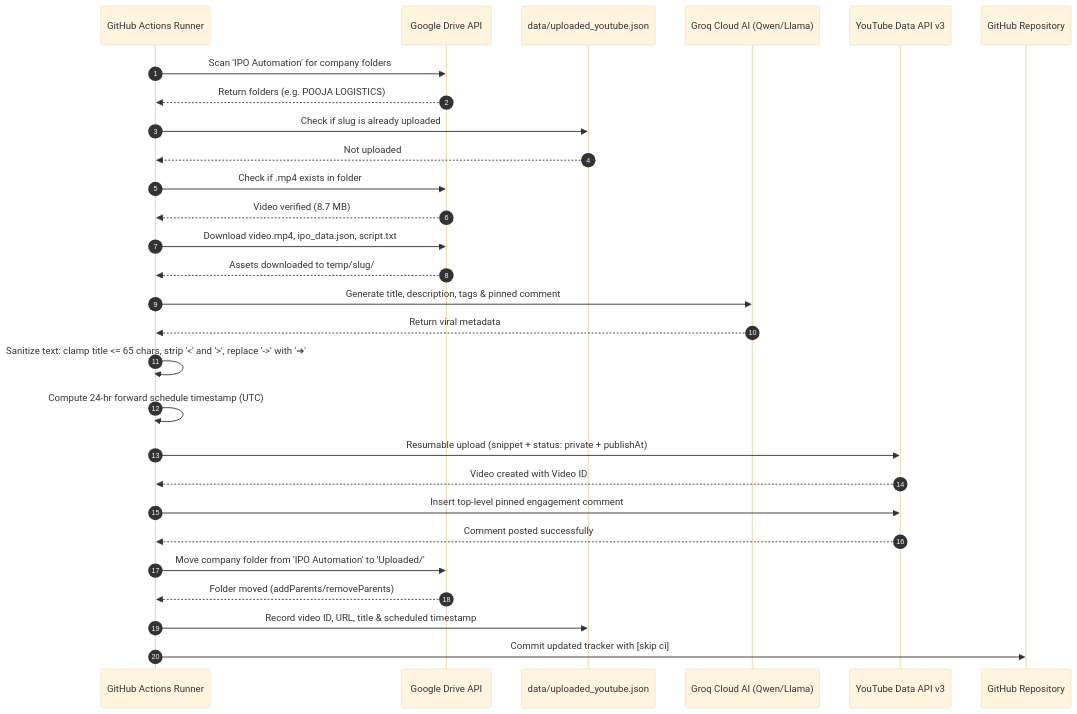
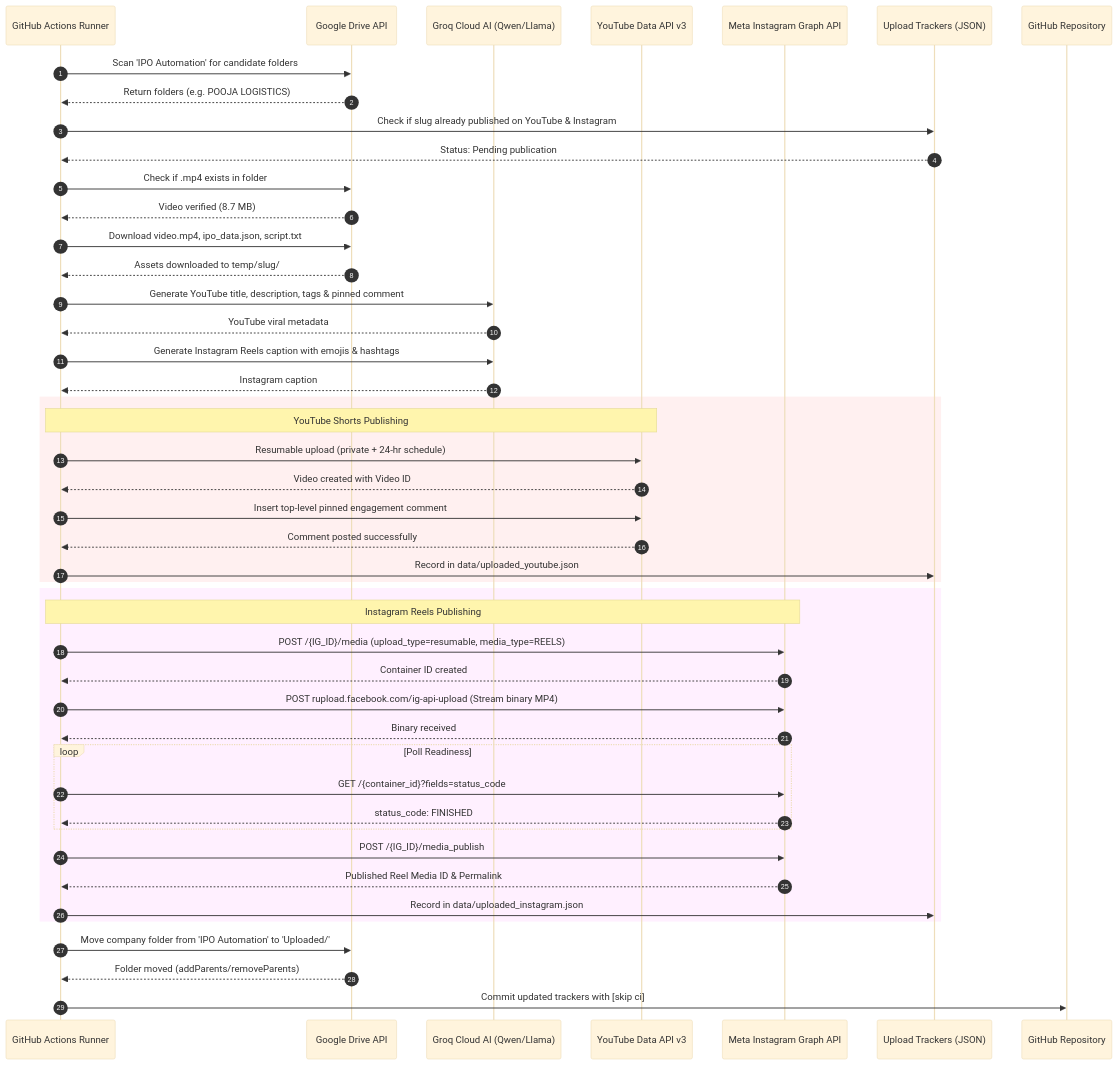
The second of 2 diagrams in README.md (rajnishkumar13500/ig_schedular), drawn with Mermaid (base theme) before and after one commit. The commit also changed other lines of this file and 1 other file, not shown here.

Commit message:
docs: add in-depth INSTAGRAM_SETUP.md and update README.md for multi-platform publishing

````diff
--- a/README.md
+++ b/README.md
@@ -58,40 +56,60 @@
 ```mermaid
 sequenceDiagram
     autonumber
     participant GHA as GitHub Actions Runner
     participant Drive as Google Drive API
-    participant Tracker as data/uploaded_youtube.json
     participant Groq as Groq Cloud AI (Qwen/Llama)
     participant YouTube as YouTube Data API v3
+    participant Meta as Meta Instagram Graph API
+    participant Trackers as Upload Trackers (JSON)
     participant Git as GitHub Repository
 
-    GHA->>Drive: Scan 'IPO Automation' for company folders
+    GHA->>Drive: Scan 'IPO Automation' for candidate folders
     Drive-->>GHA: Return folders (e.g. POOJA LOGISTICS)
     
-    GHA->>Tracker: Check if slug is already uploaded
-    Tracker-->>GHA: Not uploaded
+    GHA->>Trackers: Check if slug already published on YouTube & Instagram
+    Trackers-->>GHA: Status: Pending publication
     
     GHA->>Drive: Check if .mp4 exists in folder
     Drive-->>GHA: Video verified (8.7 MB)
     
     GHA->>Drive: Download video.mp4, ipo_data.json, script.txt
     Drive-->>GHA: Assets downloaded to temp/slug/
     
-    GHA->>Groq: Generate title, description, tags & pinned comment
-    Groq-->>GHA: Return viral metadata
+    %% AI Metadata
+    GHA->>Groq: Generate YouTube title, description, tags & pinned comment
+    Groq-->>GHA: YouTube viral metadata
+    GHA->>Groq: Generate Instagram Reels caption with emojis & hashtags
+    Groq-->>GHA: Instagram caption
     
-    GHA->>GHA: Sanitize text: clamp title <= 65 chars, strip '<' and '>', replace '->' with '➔'
-    GHA->>GHA: Compute 24-hr forward schedule timestamp (UTC)
-    
-    GHA->>YouTube: Resumable upload (snippet + status: private + publishAt)
+    %% YouTube Upload
+    rect rgb(255, 240, 240)
+    Note over GHA,YouTube: YouTube Shorts Publishing
+    GHA->>YouTube: Resumable upload (private + 24-hr schedule)
     YouTube-->>GHA: Video created with Video ID
-    
     GHA->>YouTube: Insert top-level pinned engagement comment
     YouTube-->>GHA: Comment posted successfully
+    GHA->>Trackers: Record in data/uploaded_youtube.json
+    end
     
+    %% Instagram Upload
+    rect rgb(255, 240, 255)
+    Note over GHA,Meta: Instagram Reels Publishing
+    GHA->>Meta: POST /{IG_ID}/media (upload_type=resumable, media_type=REELS)
+    Meta-->>GHA: Container ID created
+    GHA->>Meta: POST rupload.facebook.com/ig-api-upload (Stream binary MP4)
+    Meta-->>GHA: Binary received
+    loop Poll Readiness
+        GHA->>Meta: GET /{container_id}?fields=status_code
+        Meta-->>GHA: status_code: FINISHED
+    end
+    GHA->>Meta: POST /{IG_ID}/media_publish
+    Meta-->>GHA: Published Reel Media ID & Permalink
+    GHA->>Trackers: Record in data/uploaded_instagram.json
+    end
+    
+    %% Cleanup & Archive
     GHA->>Drive: Move company folder from 'IPO Automation' to 'Uploaded/'
     Drive-->>GHA: Folder moved (addParents/removeParents)
-    
-    GHA->>Tracker: Record video ID, URL, title & scheduled timestamp
-    GHA->>Git: Commit updated tracker with [skip ci]
+    GHA->>Git: Commit updated trackers with [skip ci]
 ```
````
